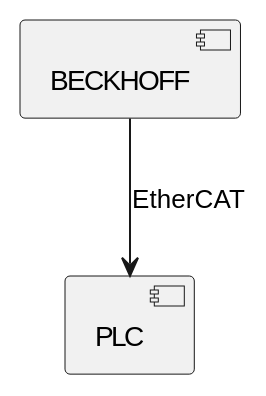
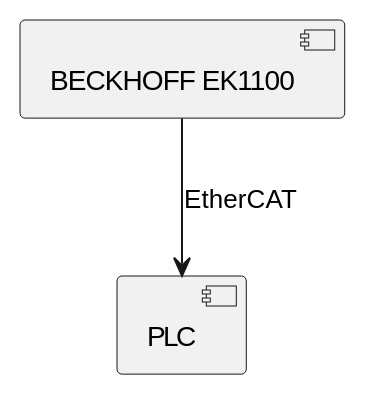
Before and after one commit to Timon14kraan/Project-Proces-and-Safety: the diagram in src/Connections.md, drawn with PlantUML. The commit also changed 2 other files, not shown here.

Commit message:
aanpassingen

````diff
--- a/src/Connections.md
+++ b/src/Connections.md
@@ -2,8 +2,8 @@
 ```plantuml
 @startuml
 
+[BECKHOFF EK1100] --> [PLC] : EtherCAT
 
-[BECKHOFF] --> [PLC] : EtherCAT
 
 @enduml
 ```
````
